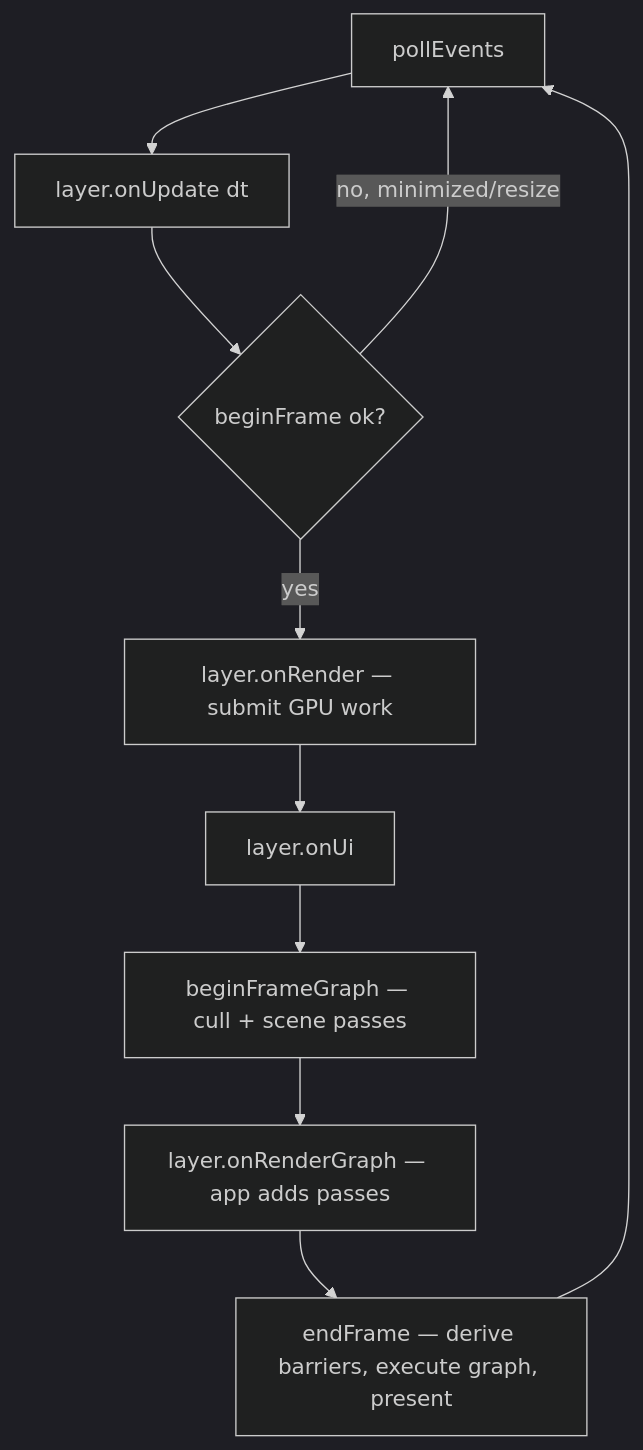
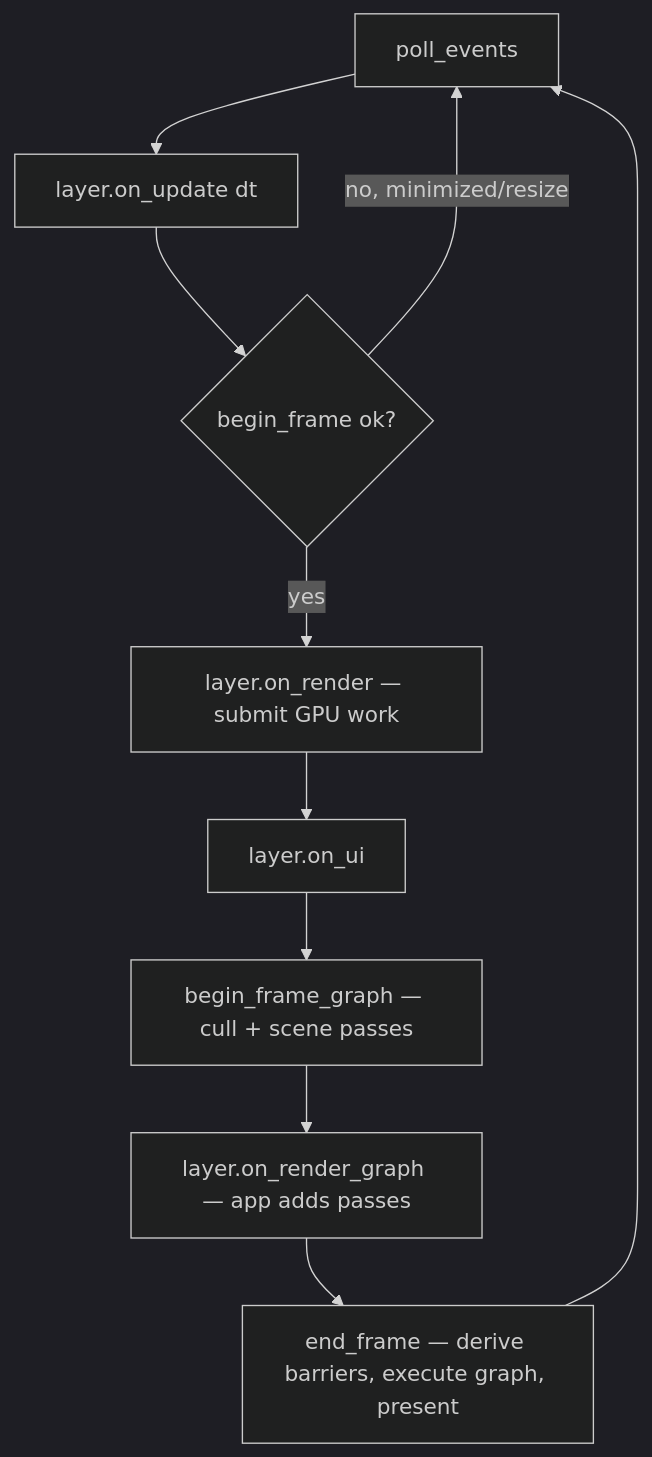
One commit to saffronjam/saffron-anima changed the first of 2 diagrams in docs/content/overview.md. Above: the diagram before and after it, drawn with Mermaid (dark theme). The commit also changed other lines of this file and 2 other files, not shown here.

````diff
--- a/docs/content/overview.md
+++ b/docs/content/overview.md
@@ -31,12 +30,12 @@
 ```mermaid
 flowchart TD
-    A[pollEvents] --> B[layer.onUpdate dt]
-    B --> C{beginFrame ok?}
+    A[poll_events] --> B[layer.on_update dt]
+    B --> C{begin_frame ok?}
     C -- no, minimized/resize --> A
-    C -- yes --> D[layer.onRender — submit GPU work]
-    D --> E[layer.onUi]
-    E --> F[beginFrameGraph — cull + scene passes]
-    F --> G[layer.onRenderGraph — app adds passes]
-    G --> H[endFrame — derive barriers, execute graph, present]
+    C -- yes --> D[layer.on_render — submit GPU work]
+    D --> E[layer.on_ui]
+    E --> F[begin_frame_graph — cull + scene passes]
+    F --> G[layer.on_render_graph — app adds passes]
+    G --> H[end_frame — derive barriers, execute graph, present]
     H --> A
 ```
````
